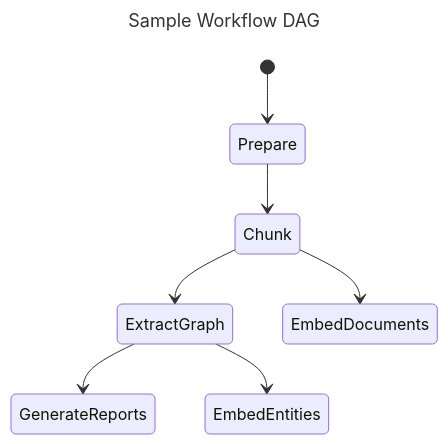
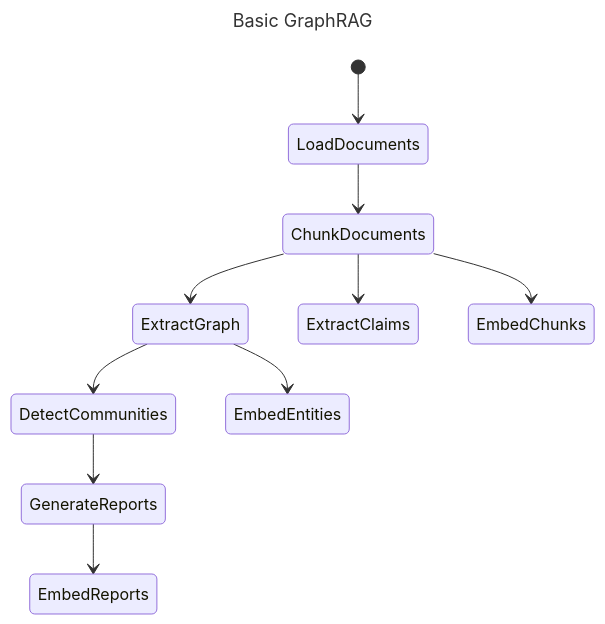
One commit to microsoft/graphrag changed the diagram in docs/index/architecture.md. Above: the diagram before and after it, drawn with Mermaid. The commit also changed other lines of this file and 17 other files, not shown here.

````diff
--- a/docs/index/architecture.md
+++ b/docs/index/architecture.md
@@ -15,12 +14,15 @@
 ```mermaid
 ---
-title: Sample Workflow DAG
+title: Basic GraphRAG
 ---
 stateDiagram-v2
-    [*] --> Prepare
-    Prepare --> Chunk
-    Chunk --> ExtractGraph
-    Chunk --> EmbedDocuments
-    ExtractGraph --> GenerateReports
+    [*] --> LoadDocuments
+    LoadDocuments --> ChunkDocuments
+    ChunkDocuments --> ExtractGraph
+    ChunkDocuments --> ExtractClaims
+    ChunkDocuments --> EmbedChunks
+    ExtractGraph --> DetectCommunities
     ExtractGraph --> EmbedEntities
+    DetectCommunities --> GenerateReports
+    GenerateReports --> EmbedReports
 ```
````
